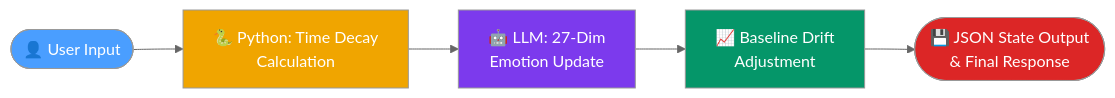
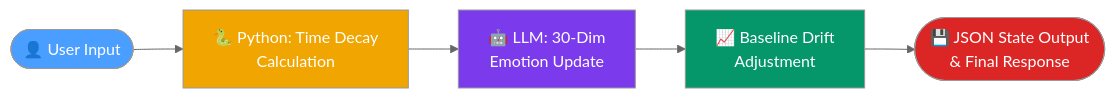
Before and after one commit to chuchuyei/SentiCore: the diagram in README.md, drawn with Mermaid (neutral theme). The commit also changed other lines of this file and 1 other file, not shown here.

````diff
--- a/README.md
+++ b/README.md
@@ -68,13 +68,13 @@
 ```mermaid
 graph LR
     A([👤 User Input]) --> B[🐍 Python: Time Decay\nCalculation]
-    B --> C[🤖 LLM: 27-Dim\nEmotion Update]
+    B --> C[🤖 LLM: 30-Dim\nEmotion Update]
     C --> D[📈 Baseline Drift\nAdjustment]
     D --> E([💾 JSON State Output\n& Final Response])
 
     style A fill:#4a9eff,color:#fff
     style B fill:#f0a500,color:#fff
     style C fill:#7c3aed,color:#fff
     style D fill:#059669,color:#fff
     style E fill:#dc2626,color:#fff
 ```
````
